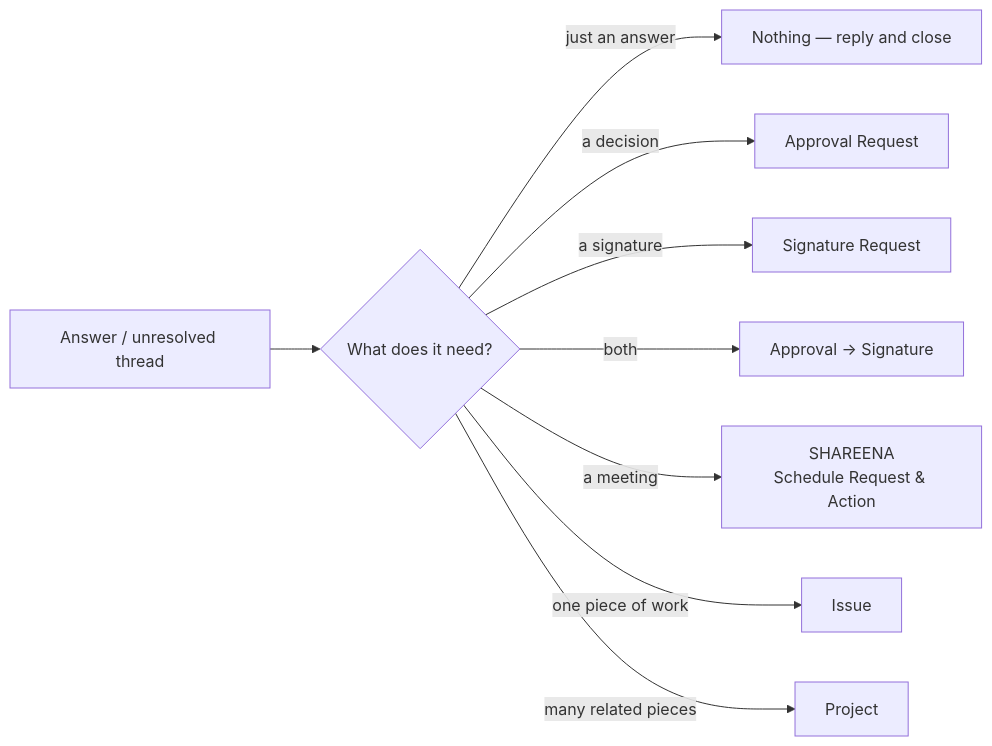
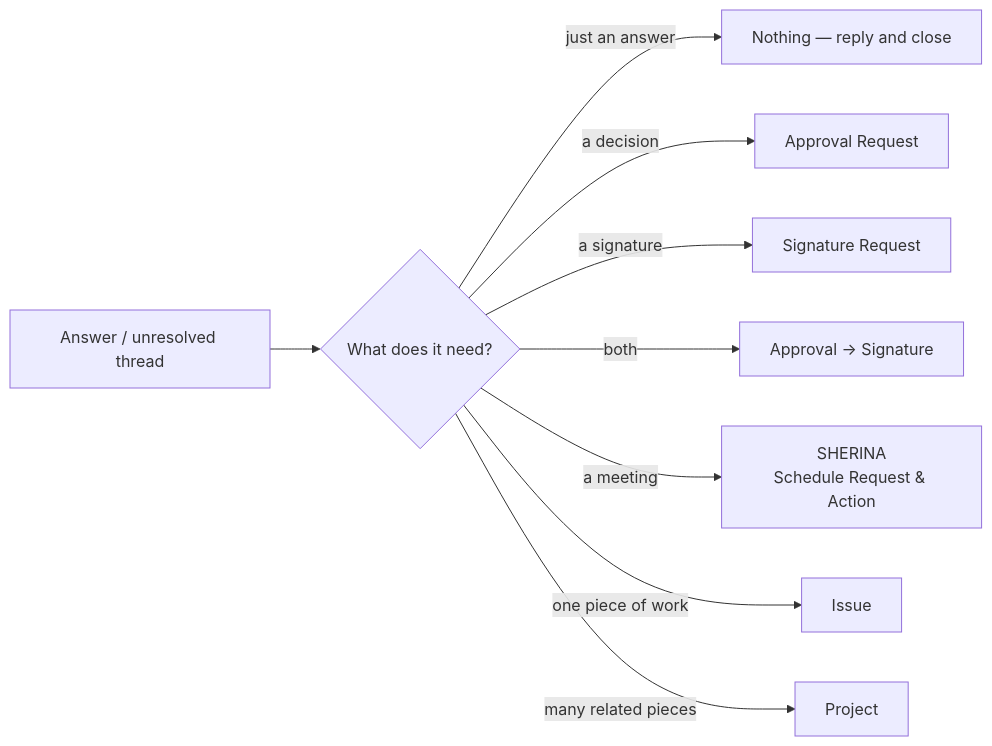
The first of 2 diagrams in docs/15-modules-and-outcomes.md (oasys-lightrees/MESSI), drawn with Mermaid before and after one commit. The commit also changed other lines of this file and 8 other files, not shown here.

````diff
--- a/docs/15-modules-and-outcomes.md
+++ b/docs/15-modules-and-outcomes.md
@@ -139,11 +139,11 @@
 ```mermaid
 graph LR
     A["Answer / unresolved thread"] --> D{"What does it need?"}
     D -->|"just an answer"| X["Nothing — reply and close"]
     D -->|"a decision"| AP["Approval Request"]
     D -->|"a signature"| SG["Signature Request"]
     D -->|"both"| BO["Approval → Signature"]
-    D -->|"a meeting"| SH["SHAREENA<br/>Schedule Request & Action"]
+    D -->|"a meeting"| SH["SHERINA<br/>Schedule Request & Action"]
     D -->|"one piece of work"| IS["Issue"]
     D -->|"many related pieces"| PR["Project"]
 ```
````
